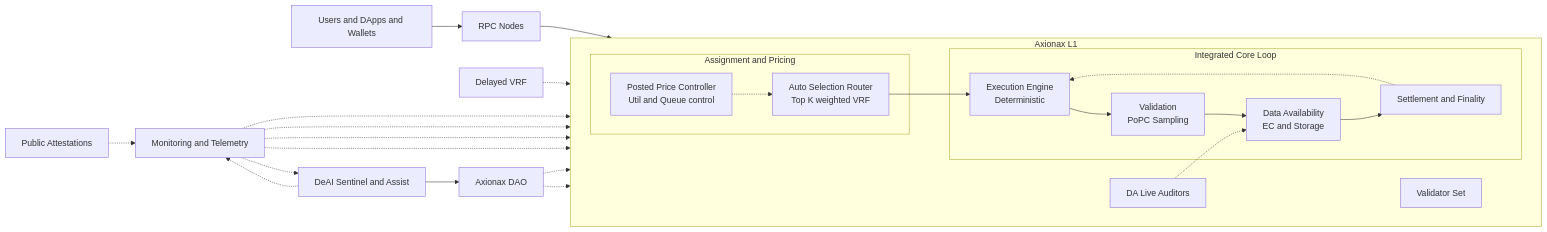
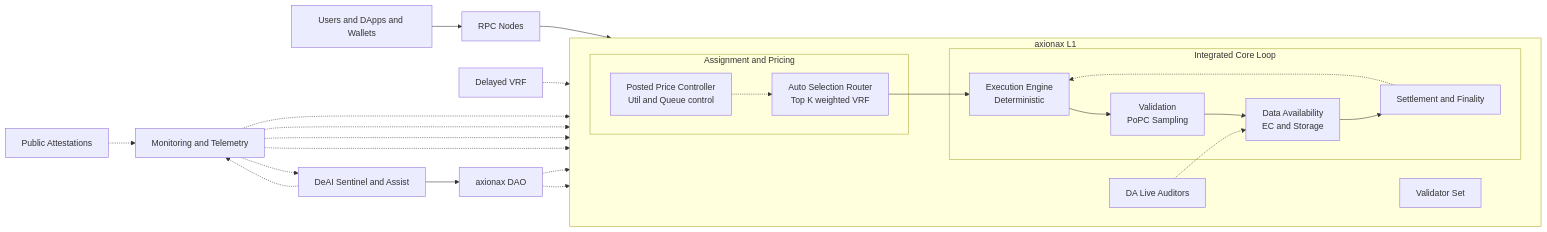
One commit to axionaxprotocol/axionax-docs changed the first of 8 diagrams in ARCHITECTURE.md. Above: the diagram before and after it, drawn with Mermaid. The commit also changed other lines of this file and 40 other files, not shown here.

````diff
--- a/ARCHITECTURE.md
+++ b/ARCHITECTURE.md
@@ -15,47 +15,47 @@
 ```mermaid
 flowchart LR
     %% Access
     Clients["Users and DApps and Wallets"] --> RPC["RPC Nodes"]
 
     %% Core
-    subgraph L1["Axionax L1"]
+    subgraph L1["axionax L1"]
         direction LR
         subgraph Market["Assignment and Pricing"]
             ASR["Auto Selection Router<br/>Top K weighted VRF"]
             PPC["Posted Price Controller<br/>Util and Queue control"]
         end
         subgraph Core["Integrated Core Loop"]
             Exec["Execution Engine<br/>Deterministic"]
             PoPC["Validation<br/>PoPC Sampling"]
             DA["Data Availability<br/>EC and Storage"]
             Settle["Settlement and Finality"]
         end
         Validators["Validator Set"]
         Auditors["DA Live Auditors"]
     end
 
     %% Flows
     RPC --> Exec
     Exec --> PoPC --> DA --> Settle
     Settle -.-> Exec
 
     %% Market control links
     PPC -.-> ASR
     ASR --> Exec
 
     %% Security and ops
     VRF["Delayed VRF"] -.-> PoPC
     Auditors -.-> DA
     Telemetry["Monitoring and Telemetry"] -.-> Exec
     Telemetry -.-> PoPC
     Telemetry -.-> DA
     Telemetry -.-> Settle
     Attest["Public Attestations"] -.-> Telemetry
 
     %% Governance and DeAI
-    DAO["Axionax DAO"] -.-> PPC
+    DAO["axionax DAO"] -.-> PPC
     DAO -.-> ASR
     DeAI["DeAI Sentinel and Assist"] -.-> Telemetry
     Telemetry -.-> DeAI
     DeAI --> DAO
 ```
````
